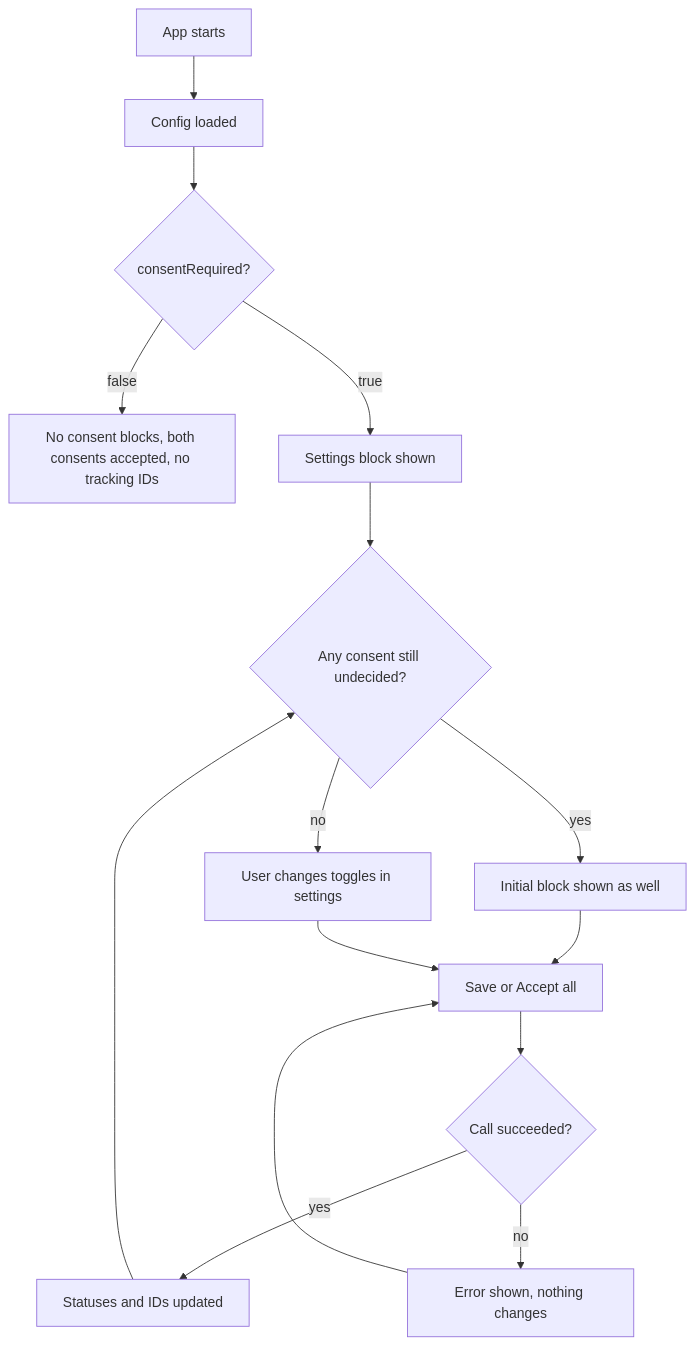
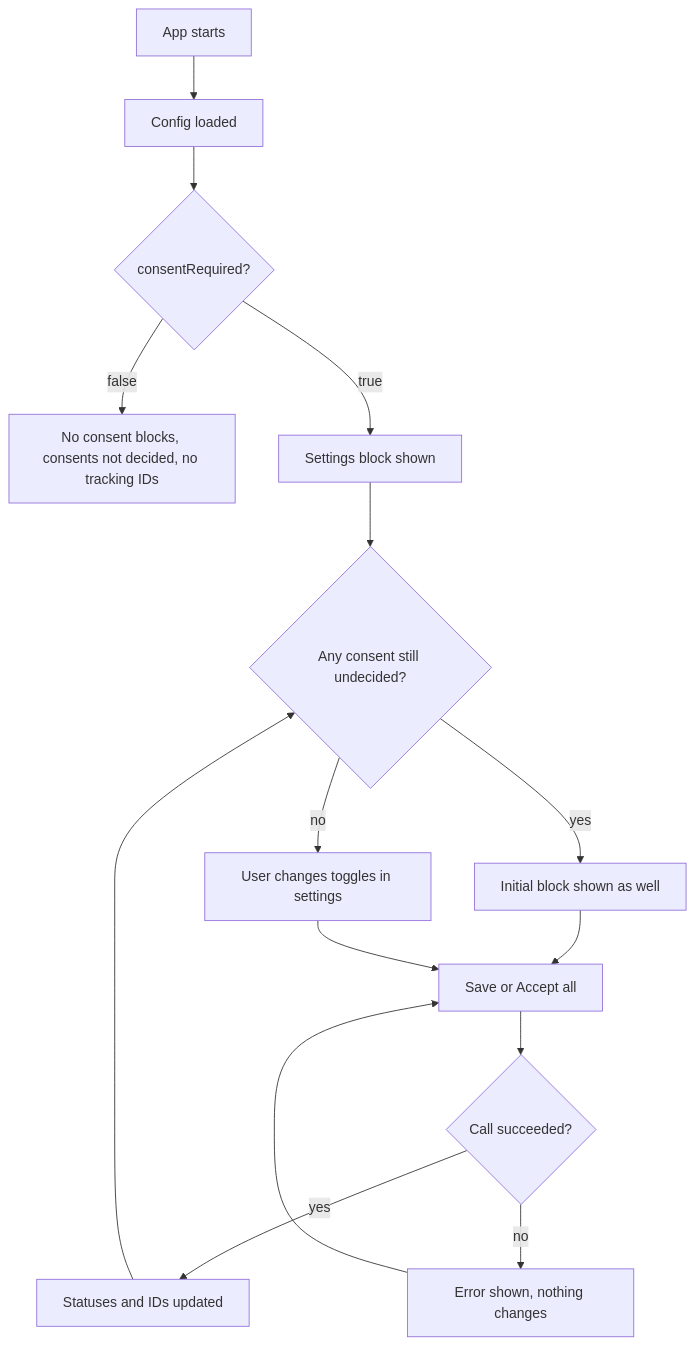
The diagram in playground/app/docs/features/identity-tracking-consent/en/prd.md (fedorovsky/docs), drawn with Mermaid before and after one commit. The commit also changed other lines of this file and 9 other files, not shown here.

First line of the commit message:
Leave both consents NotDecided when consentRequired is false

````diff
--- a/playground/app/docs/features/identity-tracking-consent/en/prd.md
+++ b/playground/app/docs/features/identity-tracking-consent/en/prd.md
@@ -50,17 +50,17 @@
 ```mermaid
 flowchart TD
   Start[App starts] --> Config[Config loaded]
   Config --> Required{consentRequired?}
-  Required -- false --> Hidden[No consent blocks, both consents accepted, no tracking IDs]
+  Required -- false --> Hidden[No consent blocks, consents not decided, no tracking IDs]
   Required -- true --> Settings[Settings block shown]
   Settings --> Undecided{Any consent still undecided?}
   Undecided -- yes --> Initial[Initial block shown as well]
   Undecided -- no --> Wait[User changes toggles in settings]
   Initial --> Save[Save or Accept all]
   Wait --> Save
   Save --> Result{Call succeeded?}
   Result -- yes --> Updated[Statuses and IDs updated]
   Result -- no --> Error[Error shown, nothing changes]
   Updated --> Undecided
   Error --> Save
 ```
````
